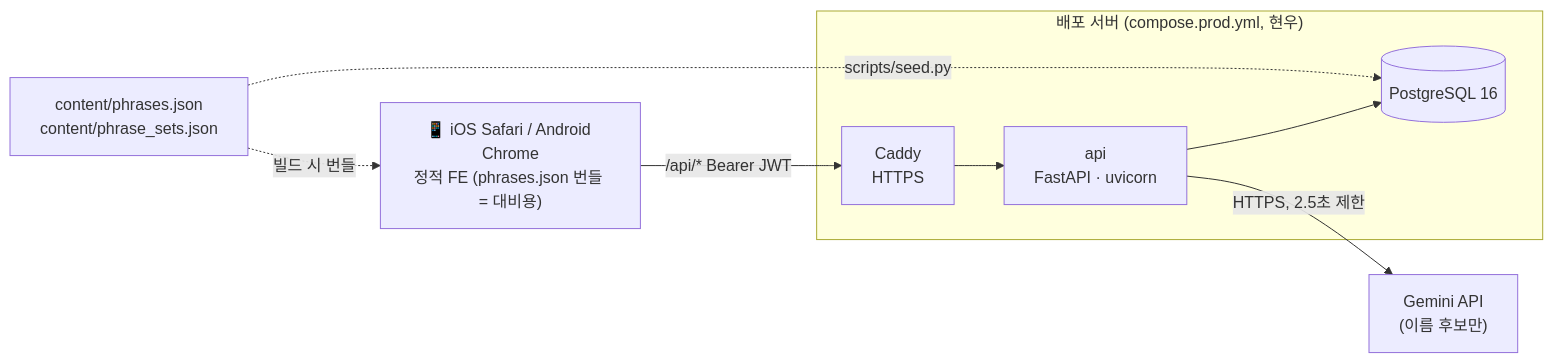
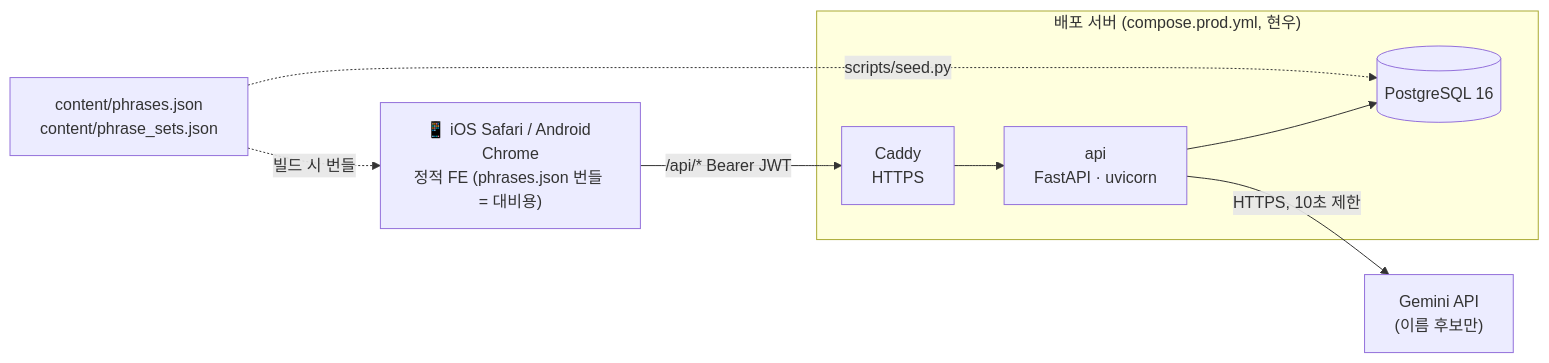
One commit to OurVacation/ichimadi changed the first of 4 diagrams in docs/design/backend-architecture.md. Above: the diagram before and after it, drawn with Mermaid. The commit also changed other lines of this file and 8 other files, not shown here.

First line of the commit message:
fix(backend): make Gemini name suggestions reach the API (schema, timeout, thinking)

````diff
--- a/docs/design/backend-architecture.md
+++ b/docs/design/backend-architecture.md
@@ -27,16 +27,16 @@
 ```mermaid
 flowchart LR
   phone["📱 iOS Safari / Android Chrome<br/>정적 FE (phrases.json 번들 = 대비용)"]
   subgraph server["배포 서버 (compose.prod.yml, 현우)"]
     caddy["Caddy<br/>HTTPS"]
     api["api<br/>FastAPI · uvicorn"]
     db[("PostgreSQL 16")]
   end
   gemini["Gemini API<br/>(이름 후보만)"]
   content["content/phrases.json<br/>content/phrase_sets.json"]
 
   phone -- "/api/*  Bearer JWT" --> caddy --> api --> db
-  api -- "HTTPS, 2.5초 제한" --> gemini
+  api -- "HTTPS, 10초 제한" --> gemini
   content -. "빌드 시 번들" .-> phone
   content -. "scripts/seed.py" .-> db
 ```
````
